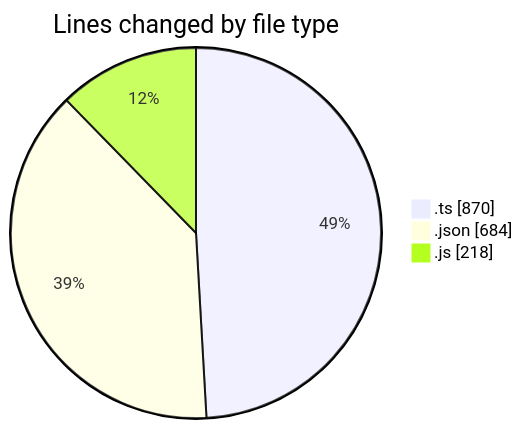
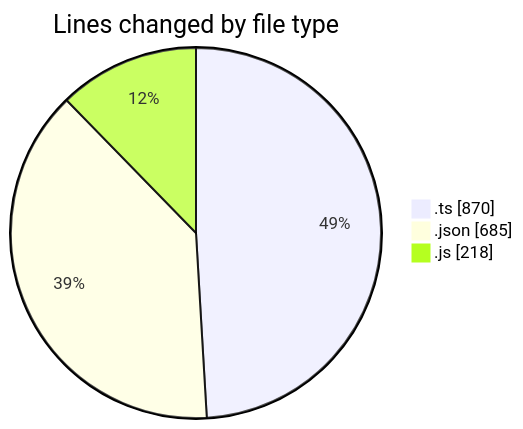
Before and after one commit to EIIisD/code-tracking: the first of 2 diagrams in 2025-08-26/mcp-web/README.md, drawn with Mermaid. The commit also changed other lines of this file and 1 other file, not shown here.

````diff
--- a/2025-08-26/mcp-web/README.md
+++ b/2025-08-26/mcp-web/README.md
@@ -27,7 +27,7 @@
 ```mermaid
 pie showData
 title Lines changed by file type
 ".ts" : 870
-".json" : 684
+".json" : 685
 ".js" : 218
 ```
````
